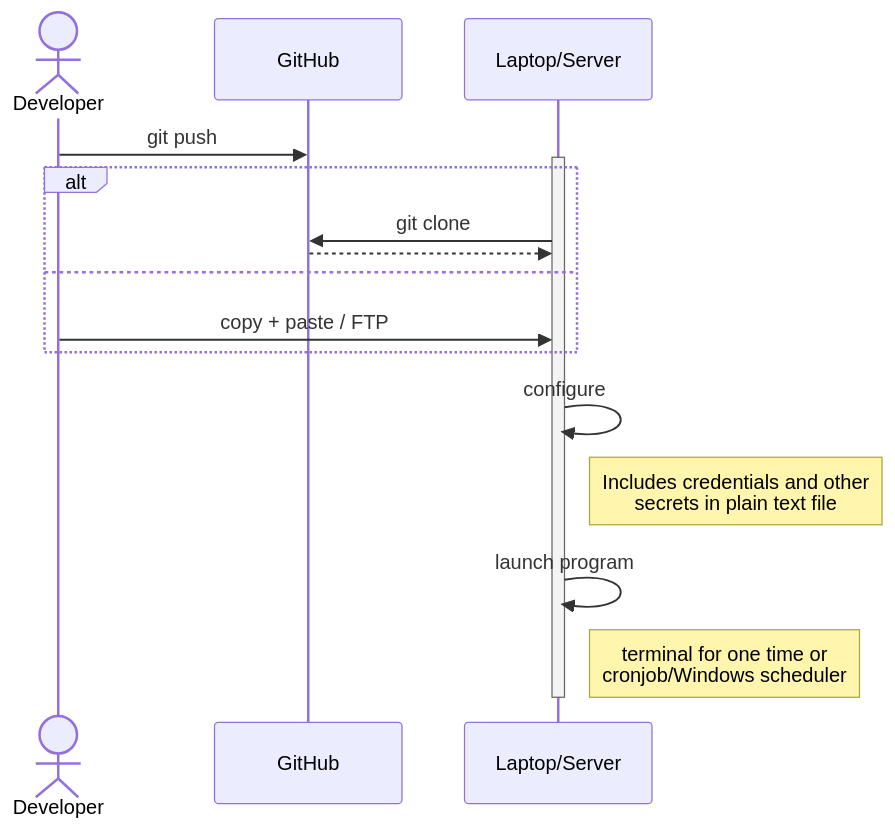
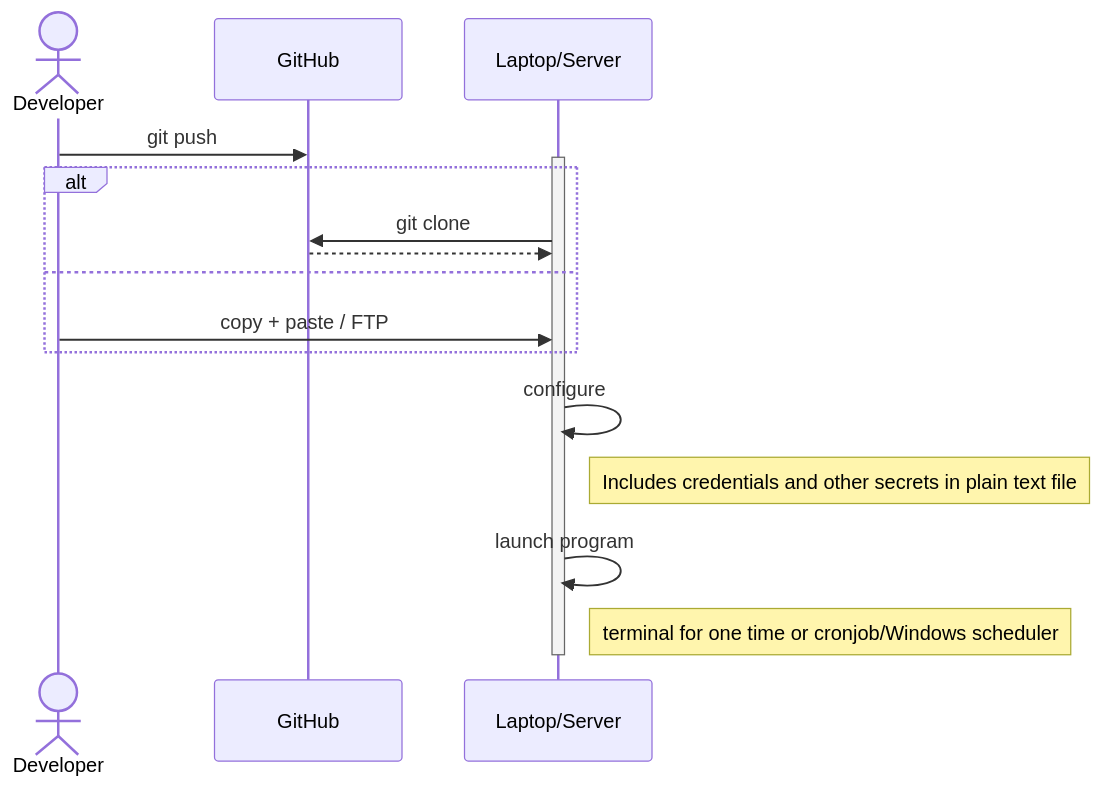
The diagram in images/mermaid/devops-workflow-old.mmd (CC-Digital-Innovation/2022-DIKO-DevOps-Presentation), drawn with Mermaid before and after one commit. The commit also changed 6 other files, not shown here.

```diff
--- a/images/mermaid/devops-workflow-old.mmd
+++ b/images/mermaid/devops-workflow-old.mmd
@@ -1,17 +1,17 @@
 sequenceDiagram
     actor Developer
     Developer->>GitHub: git push
 
     participant S as Laptop/Server
     activate S
     alt 
         S->>GitHub: git clone
         GitHub-->>S: 
     else
         Developer ->>S: copy + paste / FTP
     end
     S->>S: configure
-    Note right of S: Includes credentials and other<br/> secrets in plain text file
+    Note right of S: Includes credentials and other secrets in plain text file
     S->>S: launch program
-    Note right of S: terminal for one time or<br/> cronjob/Windows scheduler
+    Note right of S: terminal for one time or cronjob/Windows scheduler
     deactivate S
```
